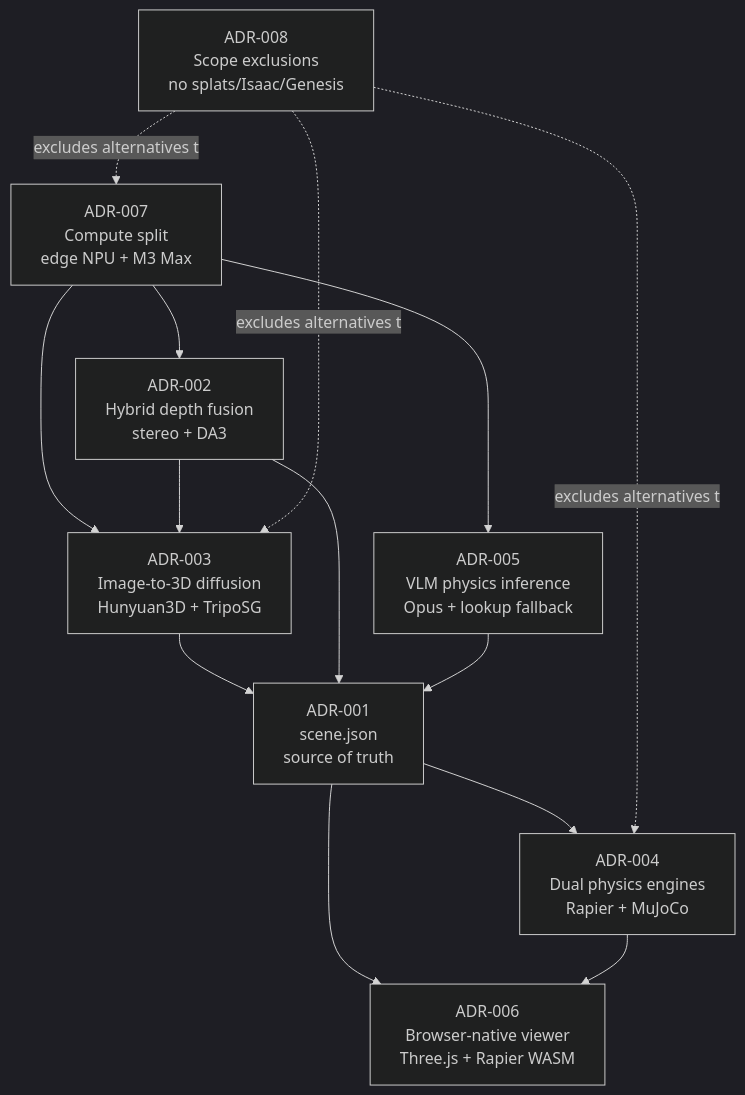
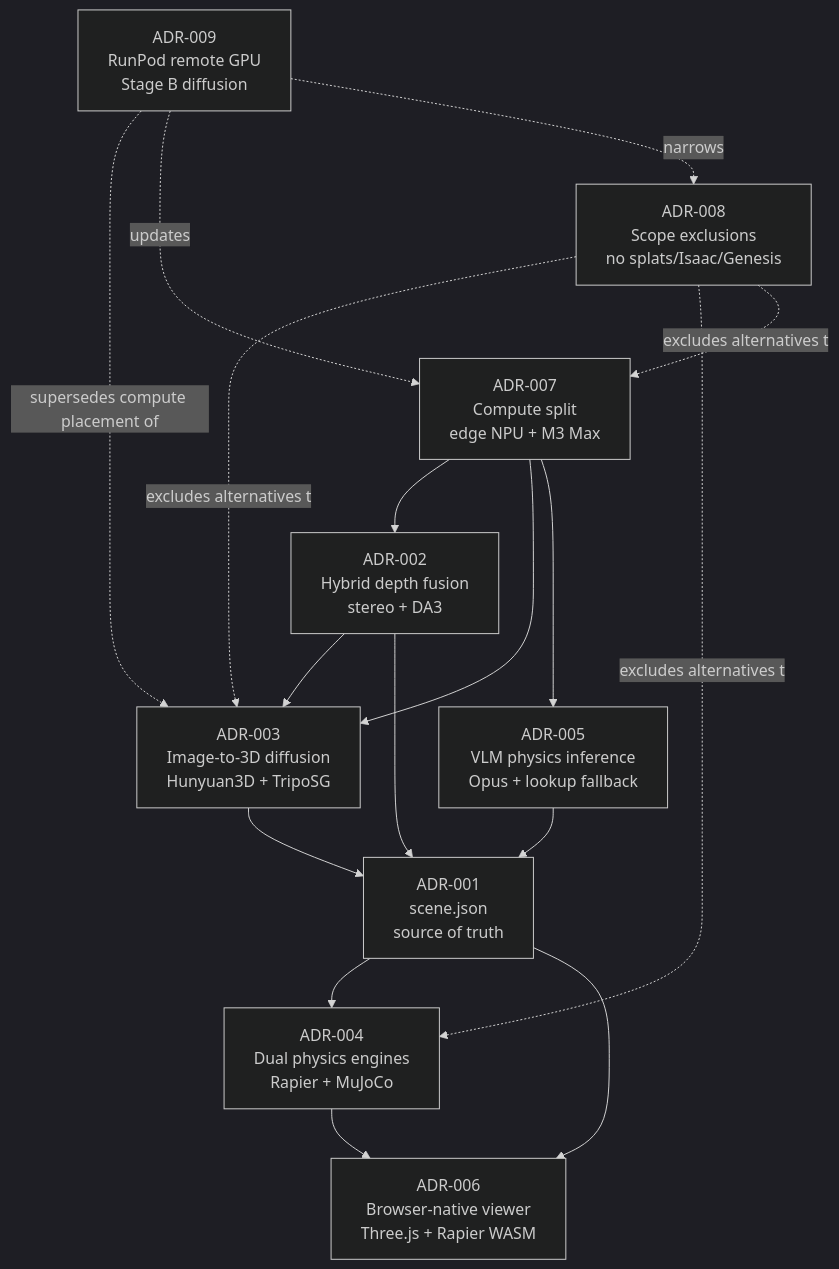
Before and after one commit to mrsladoje/vid2sim: the diagram in docs/adr/README.md, drawn with Mermaid (dark theme). The commit also changed other lines of this file and 7 other files, not shown here.

First line of the commit message:
docs: route Stage B diffusion to RunPod persistent pod (ADR-009)

````diff
--- a/docs/adr/README.md
+++ b/docs/adr/README.md
@@ -20,25 +21,29 @@
 ```mermaid
 flowchart TD
     ADR007[ADR-007<br/>Compute split<br/>edge NPU + M3 Max]
     ADR002[ADR-002<br/>Hybrid depth fusion<br/>stereo + DA3]
     ADR003[ADR-003<br/>Image-to-3D diffusion<br/>Hunyuan3D + TripoSG]
     ADR005[ADR-005<br/>VLM physics inference<br/>Opus + lookup fallback]
     ADR001[ADR-001<br/>scene.json<br/>source of truth]
     ADR004[ADR-004<br/>Dual physics engines<br/>Rapier + MuJoCo]
     ADR006[ADR-006<br/>Browser-native viewer<br/>Three.js + Rapier WASM]
     ADR008[ADR-008<br/>Scope exclusions<br/>no splats/Isaac/Genesis]
+    ADR009[ADR-009<br/>RunPod remote GPU<br/>Stage B diffusion]
 
     ADR007 --> ADR002
     ADR007 --> ADR003
     ADR007 --> ADR005
     ADR002 --> ADR003
     ADR003 --> ADR001
     ADR002 --> ADR001
     ADR005 --> ADR001
     ADR001 --> ADR004
     ADR001 --> ADR006
     ADR004 --> ADR006
     ADR008 -.excludes alternatives to.-> ADR003
     ADR008 -.excludes alternatives to.-> ADR004
     ADR008 -.excludes alternatives to.-> ADR007
+    ADR009 -.supersedes compute placement of.-> ADR003
+    ADR009 -.updates.-> ADR007
+    ADR009 -.narrows.-> ADR008
 ```
````
